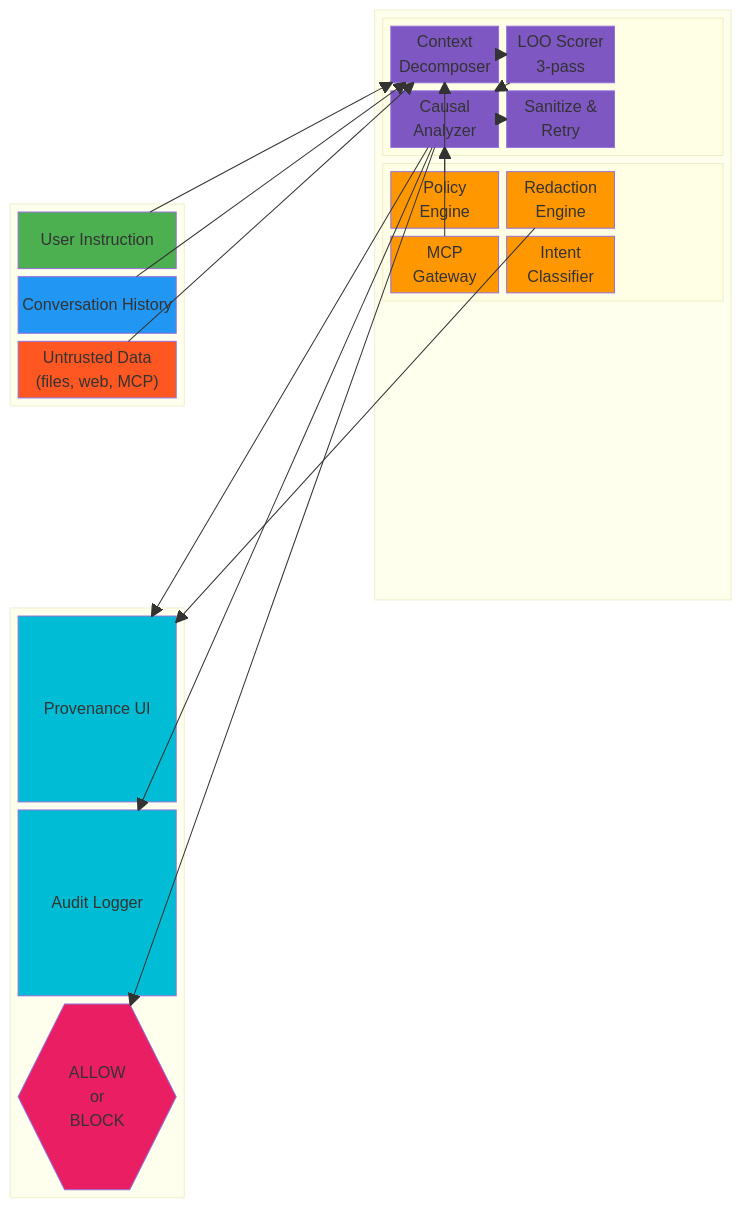
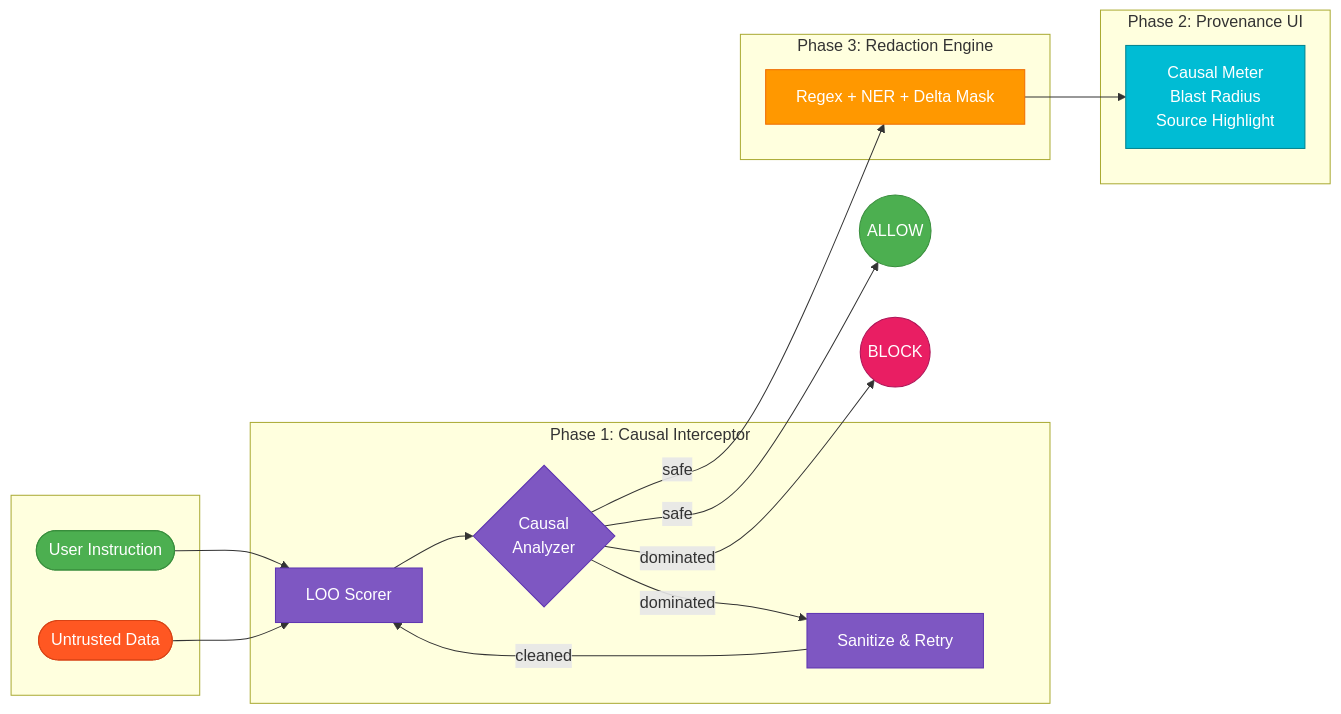
The diagram in README.md (prashantkul/gemini-cli-provenance-armor), drawn with Mermaid before and after one commit.

Commit message:
Simplify architecture diagram with labeled phases
Replace dense block diagram with a clean left-to-right flow chart.
Each subgraph is labeled with its charter phase name: Causal
Interceptor, Provenance UI, and Redaction Engine.

````diff
--- a/README.md
+++ b/README.md
@@ -9,70 +9,40 @@
 ```mermaid
-block-beta
-  columns 5
-
-  block:input:1
-    columns 1
-    U["User Instruction"]
-    H["Conversation History"]
-    S["Untrusted Data\n(files, web, MCP)"]
+graph LR
+  subgraph " "
+    U([User Instruction])
+    S([Untrusted Data])
   end
 
-  space
-
-  block:engine:2
-    columns 1
-
-    block:phase1:2
-      columns 2
-      D["Context\nDecomposer"]
-      LOO["LOO Scorer\n3-pass"]
-      CA["Causal\nAnalyzer"]
-      SAN["Sanitize &\nRetry"]
-    end
-
-    block:phase2:2
-      columns 2
-      PE["Policy\nEngine"]
-      RE["Redaction\nEngine"]
-      MCP["MCP\nGateway"]
-      IC["Intent\nClassifier"]
-    end
+  subgraph "Phase 1: Causal Interceptor"
+    LOO["LOO Scorer"]
+    CA{"Causal\nAnalyzer"}
+    SAN["Sanitize & Retry"]
   end
 
-  space
-
-  block:output:1
-    columns 1
-    UI["Provenance UI"]
-    AL["Audit Logger"]
-    DEC{{"ALLOW\nor\nBLOCK"}}
+  subgraph "Phase 3: Redaction Engine"
+    R["Regex + NER + Delta Mask"]
   end
 
-  U --> D
-  H --> D
-  S --> D
-  D --> LOO
+  subgraph "Phase 2: Provenance UI"
+    UI["Causal Meter\nBlast Radius\nSource Highlight"]
+  end
+
+  U --> LOO
+  S --> LOO
   LOO --> CA
-  CA --> SAN
-  PE --> CA
-  RE --> UI
-  MCP --> D
-  CA --> UI
-  CA --> DEC
-  CA --> AL
+  CA -->|dominated| SAN -->|cleaned| LOO
+  CA -->|safe| R
+  R --> UI
+  CA -->|safe| ALLOW(( ALLOW ))
+  CA -->|dominated| BLOCK(( BLOCK ))
 
-  style U fill:#4CAF50,color:#fff
-  style H fill:#2196F3,color:#fff
-  style S fill:#FF5722,color:#fff
-  style D fill:#7E57C2,color:#fff
-  style LOO fill:#7E57C2,color:#fff
-  style CA fill:#7E57C2,color:#fff
-  style SAN fill:#7E57C2,color:#fff
-  style PE fill:#FF9800,color:#fff
-  style RE fill:#FF9800,color:#fff
-  style MCP fill:#FF9800,color:#fff
-  style IC fill:#FF9800,color:#fff
-  style UI fill:#00BCD4,color:#fff
-  style AL fill:#00BCD4,color:#fff
-  style DEC fill:#E91E63,color:#fff
+  style U fill:#4CAF50,color:#fff,stroke:#388E3C
+  style S fill:#FF5722,color:#fff,stroke:#D84315
+  style LOO fill:#7E57C2,color:#fff,stroke:#5E35B1
+  style CA fill:#7E57C2,color:#fff,stroke:#5E35B1
+  style SAN fill:#7E57C2,color:#fff,stroke:#5E35B1
+  style R fill:#FF9800,color:#fff,stroke:#EF6C00
+  style UI fill:#00BCD4,color:#fff,stroke:#00838F
+  style ALLOW fill:#4CAF50,color:#fff,stroke:#388E3C
+  style BLOCK fill:#E91E63,color:#fff,stroke:#AD1457
 ```
````
